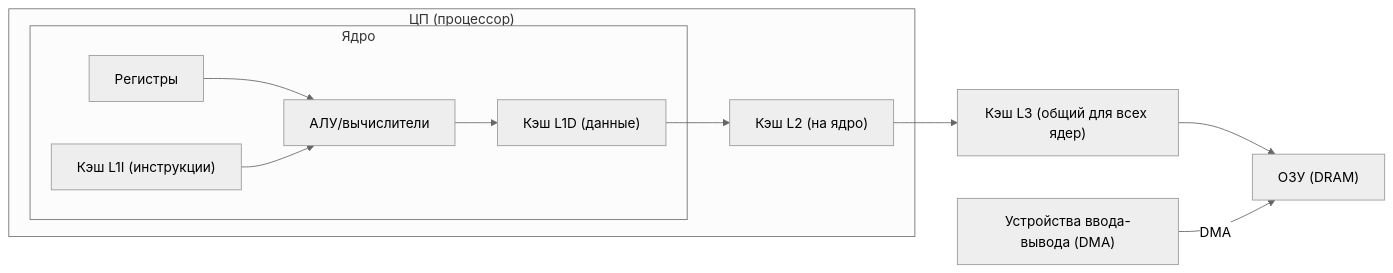
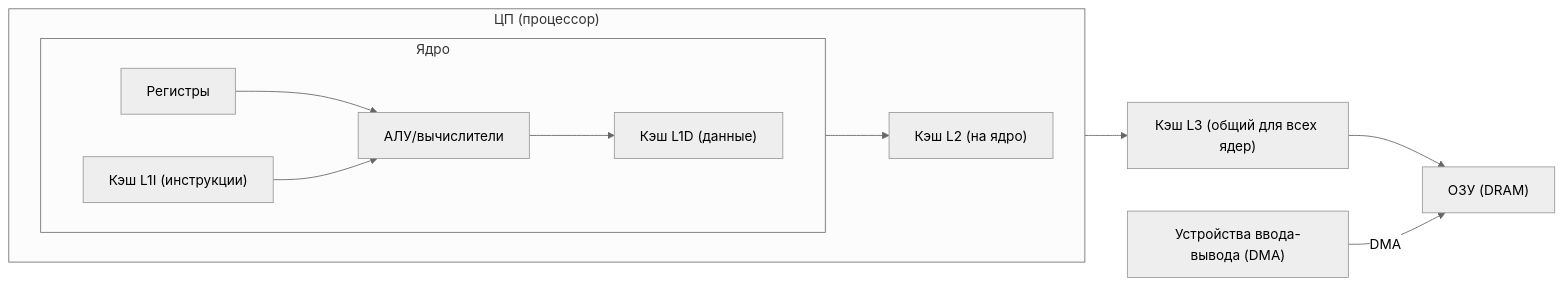
One commit to 4upokabra/asm_lec changed the first of 3 diagrams in лек1.md. Above: the diagram before and after it, drawn with Mermaid (neutral theme). The commit also changed other lines of this file, not shown here.

````diff
--- a/лек1.md
+++ b/лек1.md
@@ -17,22 +17,24 @@
 ```mermaid
 flowchart LR
   subgraph CPU["ЦП (процессор)"]
+    direction LR
     subgraph Core1["Ядро"]
+      direction LR
       REG["Регистры"]
       ALU["АЛУ/вычислители"]
       L1i["Кэш L1I (инструкции)"]
       L1d["Кэш L1D (данные)"]
       REG-->ALU
       L1i-->ALU
       ALU-->L1d
     end
     L2["Кэш L2 (на ядро)"]
   end
   L3["Кэш L3 (общий для всех ядер)"]
   MEM["ОЗУ (DRAM)"]
   IO["Устройства ввода-вывода (DMA)"]
   L1d-->L2
   L2-->L3
   L3-->MEM
   IO--"DMA"-->MEM
 ```
````
